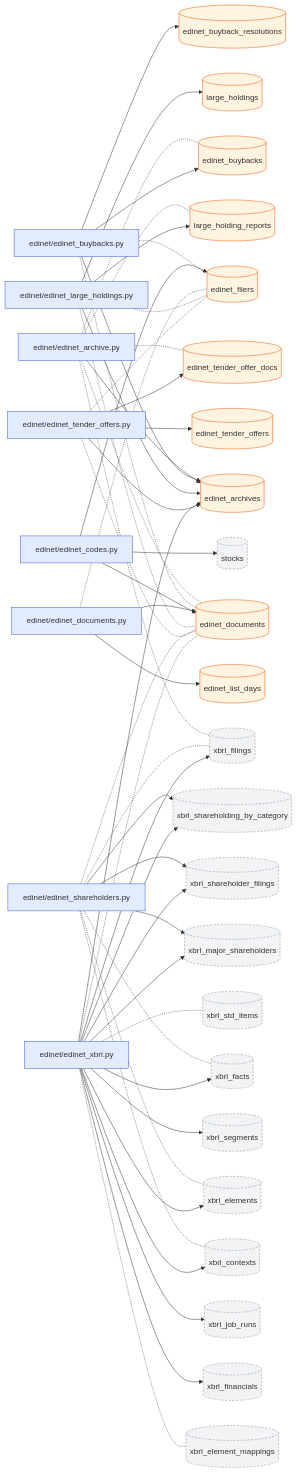
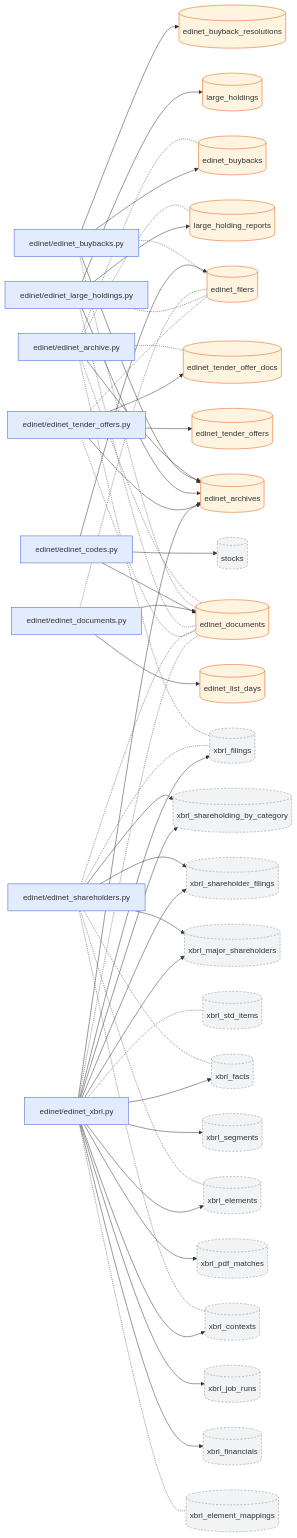
One commit to pekumirui/stock-analyzer changed the first of 2 diagrams in docs/dataflow/edinet.md. Above: the diagram before and after it, drawn with Mermaid. The commit also changed other lines of this file and 16 other files, not shown here.

First line of the commit message:
feature(KAB-433): 短信 PDF の行に XBRL の要素との対応を保存し、出どころを気にせず全社の集計を引けるようにする

```diff
--- a/docs/dataflow/edinet.md
+++ b/docs/dataflow/edinet.md
@@ -35,10 +35,11 @@
   n24[("xbrl_financials")]:::ext
   n25[("xbrl_job_runs")]:::ext
   n26[("xbrl_major_shareholders")]:::ext
-  n27[("xbrl_segments")]:::ext
-  n28[("xbrl_shareholder_filings")]:::ext
-  n29[("xbrl_shareholding_by_category")]:::ext
-  n30[("xbrl_std_items")]:::ext
+  n27[("xbrl_pdf_matches")]:::ext
+  n28[("xbrl_segments")]:::ext
+  n29[("xbrl_shareholder_filings")]:::ext
+  n30[("xbrl_shareholding_by_category")]:::ext
+  n31[("xbrl_std_items")]:::ext
   n0 --> n8
   n0 -.- n10
   n0 -.- n11
@@ -67,8 +68,8 @@
   n5 -.- n22
   n5 -.- n23
   n5 --> n26
-  n5 --> n28
   n5 --> n29
+  n5 --> n30
   n6 --> n8
   n6 -.- n11
   n6 -.- n12
@@ -87,7 +88,8 @@
   n7 --> n27
   n7 --> n28
   n7 --> n29
-  n7 -.- n30
+  n7 --> n30
+  n7 -.- n31
   classDef job fill:#e3ecff,stroke:#3b5bdb
   classDef api fill:#e6f7ec,stroke:#2b8a3e
   classDef tbl fill:#fff4e0,stroke:#e8590c
```
